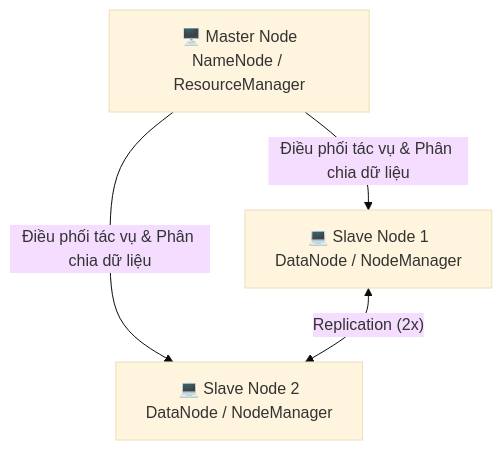
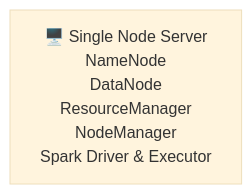
One commit to nhupham31231022752/N17_DuLieuLonVaUngDung changed the diagram in README.md. Above: the diagram before and after it, drawn with Mermaid (base theme). The commit also changed other lines of this file, not shown here.

````diff
--- a/README.md
+++ b/README.md
@@ -48,10 +48,4 @@
 ```mermaid
 graph TD
-    A["🖥️ Master Node<br/>NameNode / ResourceManager"]
-    B["💻 Slave Node 1<br/>DataNode / NodeManager"]
-    C["💻 Slave Node 2<br/>DataNode / NodeManager"]
-
-    A -->|"Điều phối tác vụ & Phân chia dữ liệu"| B
-    A -->|"Điều phối tác vụ & Phân chia dữ liệu"| C
-    B <-->|"Replication (2x)"| C
+    A["🖥️ Single Node Server<br/>NameNode<br/>DataNode<br/>ResourceManager<br/>NodeManager<br/>Spark Driver & Executor"]
 ```
````
